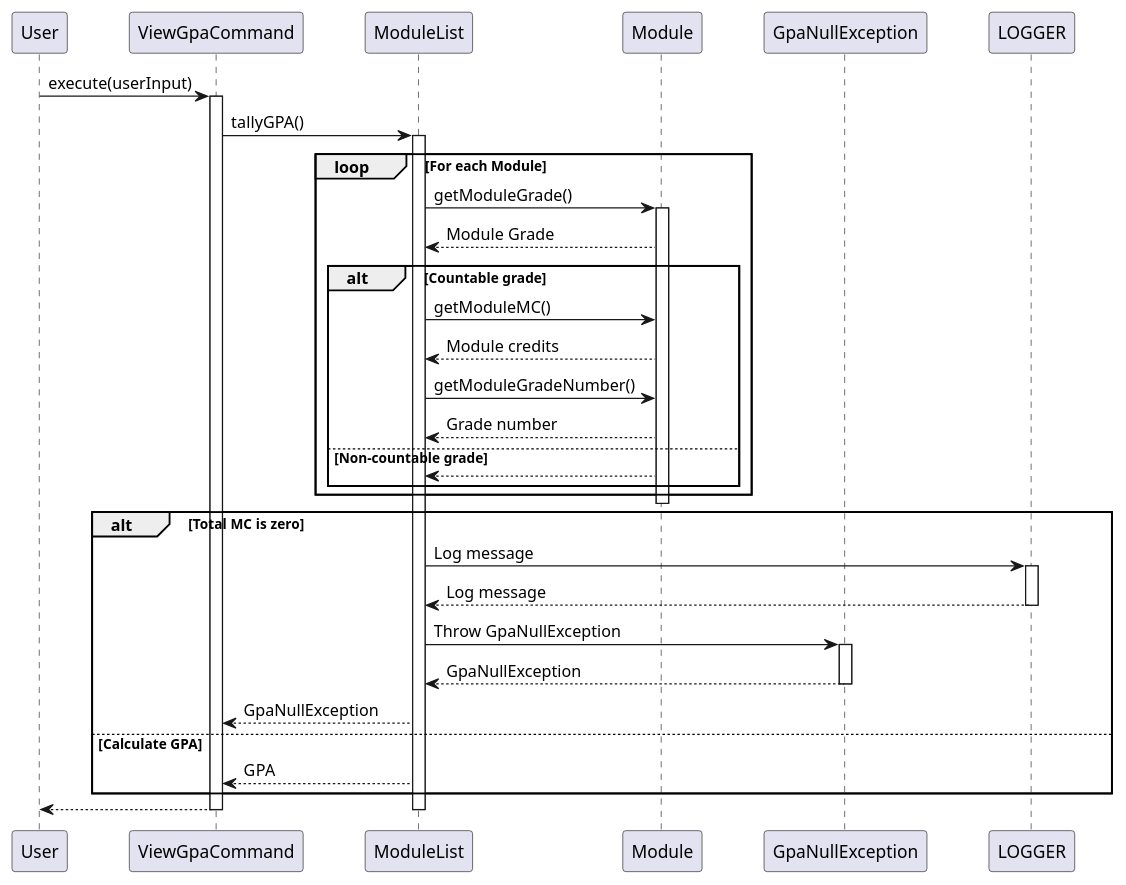
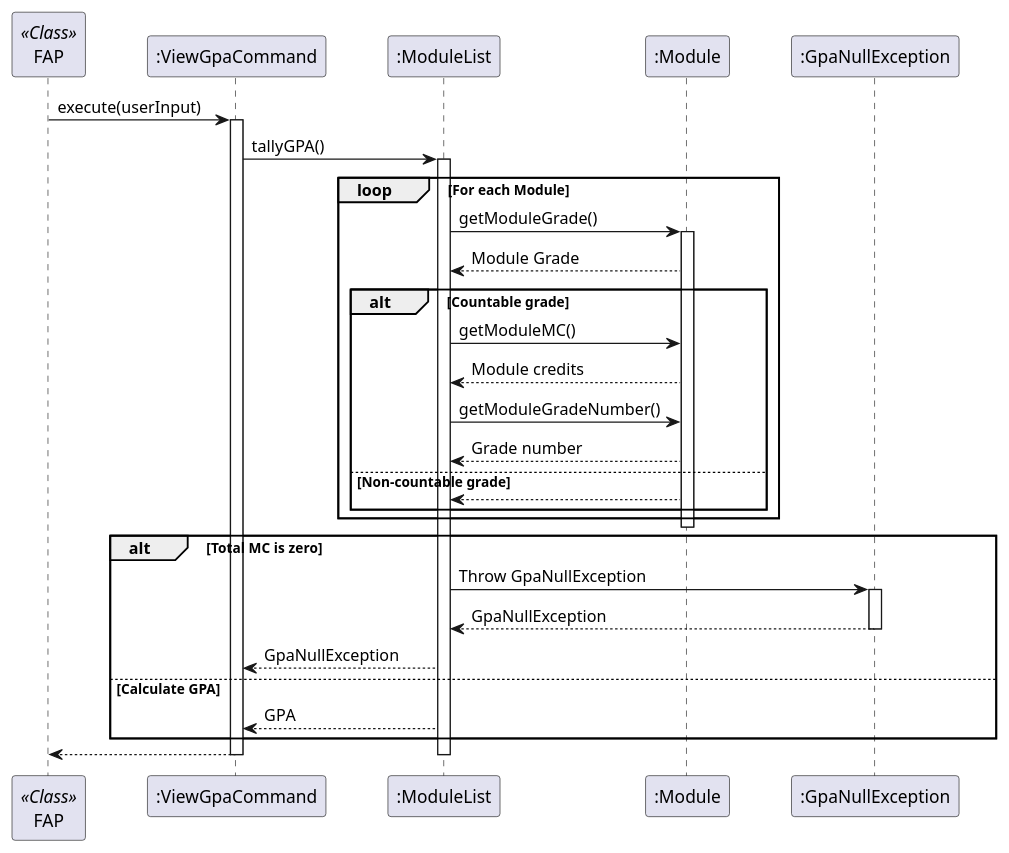
Before and after one commit to fungg0/tp: the diagram in docs/diagrams/ViewGpaCommand.puml, drawn with PlantUML. The commit also changed 11 other files, not shown here.

Commit message:
Modify the png/uml diagrams

```diff
--- a/docs/diagrams/ViewGpaCommand.puml
+++ b/docs/diagrams/ViewGpaCommand.puml
@@ -1,49 +1,44 @@
 @startuml
 skinparam participantPadding 20
 
-participant User
-participant ViewGpaCommand
-participant ModuleList
-participant Module
-participant GpaNullException
-participant LOGGER
+participant FAP as User <<Class>>
+participant ViewGpaCommand as ":ViewGpaCommand"
+participant ModuleList as ":ModuleList"
+participant Module as ":Module"
+participant GpaNullException as ":GpaNullException"
 
 User -> ViewGpaCommand: execute(userInput)
 activate ViewGpaCommand
 
 ViewGpaCommand -> ModuleList: tallyGPA()
 activate ModuleList
 
 Loop For each Module
     ModuleList -> Module: getModuleGrade()
     activate Module
     Module --> ModuleList: Module Grade
     alt Countable grade
         ModuleList -> Module: getModuleMC()
         Module --> ModuleList: Module credits
         ModuleList -> Module: getModuleGradeNumber()
         Module --> ModuleList: Grade number
     else Non-countable grade
         Module --> ModuleList
     end
 end
     deactivate Module
     alt Total MC is zero
-        ModuleList -> LOGGER: Log message
-        activate LOGGER
-        LOGGER --> ModuleList: Log message
-        deactivate LOGGER
         ModuleList -> GpaNullException: Throw GpaNullException
         activate GpaNullException
         GpaNullException --> ModuleList: GpaNullException
         deactivate GpaNullException
         ModuleList --> ViewGpaCommand: GpaNullException
     else Calculate GPA
         ModuleList --> ViewGpaCommand: GPA
     end
 
 ViewGpaCommand --> User
 
 deactivate ViewGpaCommand
 deactivate ModuleList
 @enduml
```
